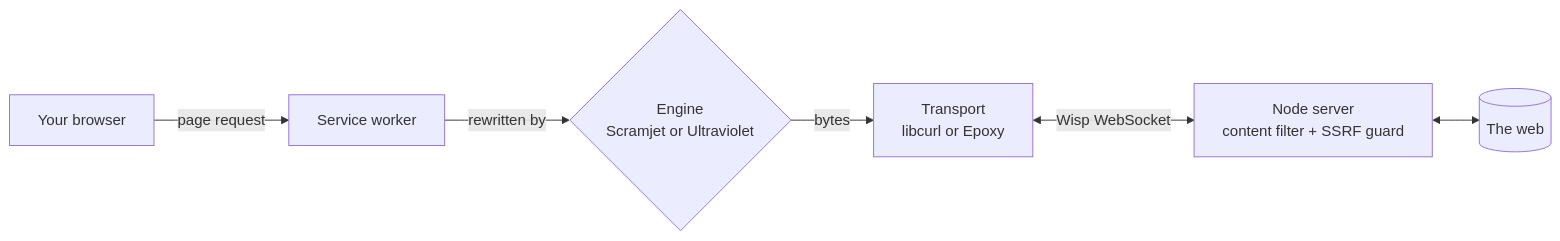
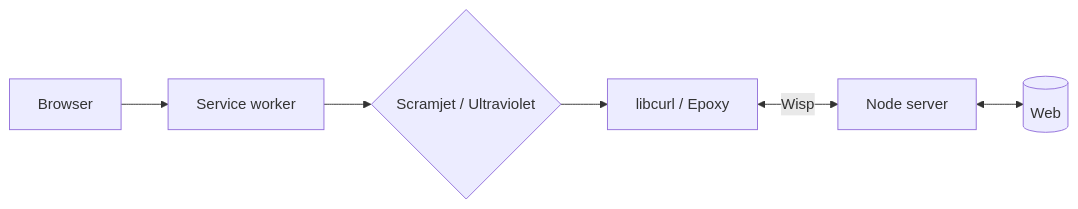
Before and after one commit to SuperNova-Network/SuperNova-OS: the diagram in README.md, drawn with Mermaid. The commit also changed other lines of this file, not shown here.

````diff
--- a/README.md
+++ b/README.md
@@ -147,8 +86,8 @@
 ```mermaid
 flowchart LR
-    A[Your browser] -->|page request| B[Service worker]
-    B -->|rewritten by| C{Engine<br/>Scramjet or Ultraviolet}
-    C -->|bytes| D[Transport<br/>libcurl or Epoxy]
-    D <-->|Wisp WebSocket| E[Node server<br/>content filter + SSRF guard]
-    E <--> F[(The web)]
+    A[Browser] --> B[Service worker]
+    B --> C{Scramjet / Ultraviolet}
+    C --> D[libcurl / Epoxy]
+    D <-->|Wisp| E[Node server]
+    E <--> F[(Web)]
 ```
````
